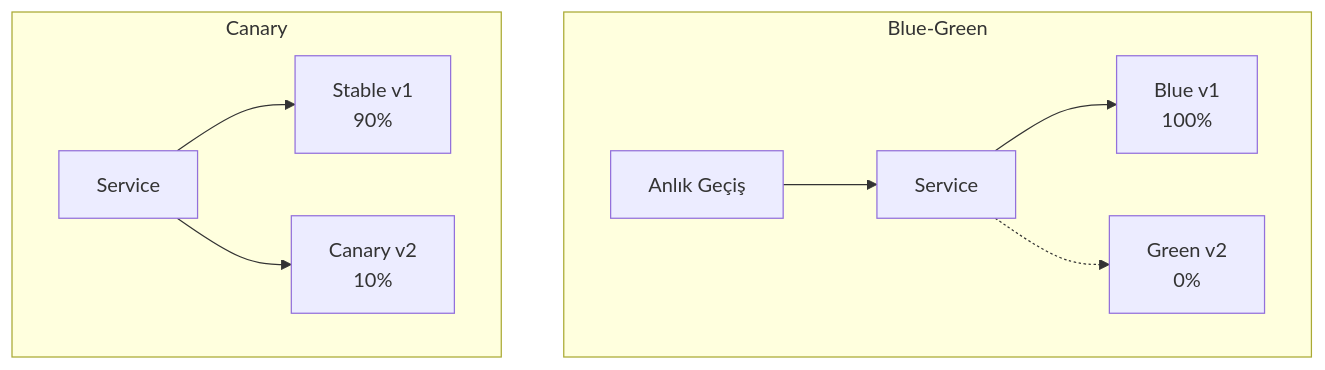
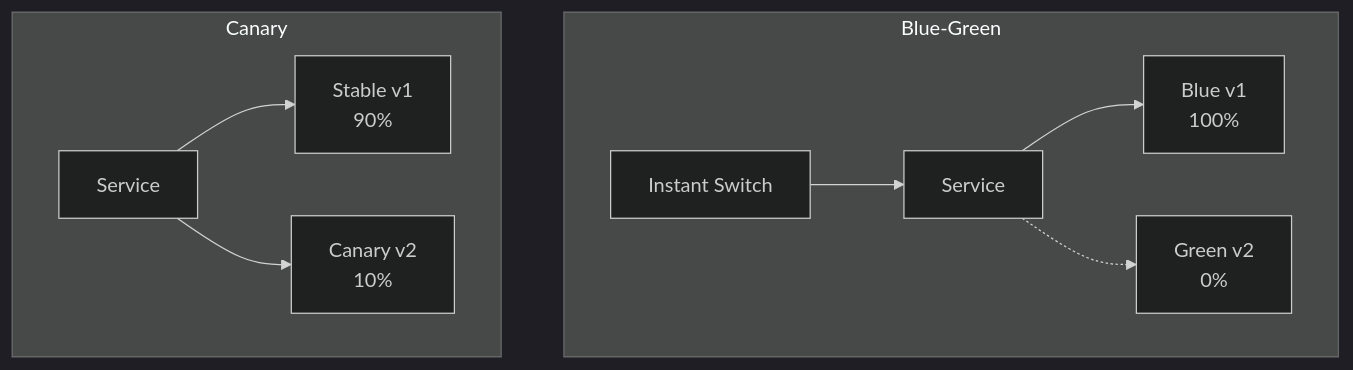
One commit to uzunenes/CKAD changed the diagram in labs/lab-15-deployment-strategies.md. Above: the diagram before and after it, drawn with Mermaid. The commit also changed other lines of this file and 15 other files, not shown here.

Commit message:
🌍 Complete English translation - All 17 labs translated with dark mermaid themes

````diff
--- a/labs/lab-15-deployment-strategies.md
+++ b/labs/lab-15-deployment-strategies.md
@@ -12,13 +12,14 @@
 ```mermaid
+%%{init: {'theme': 'dark'}}%%
 graph TB
     subgraph "Blue-Green"
         LB1[Service] --> BLUE[Blue v1<br/>100%]
         LB1 -.-> GREEN[Green v2<br/>0%]
-        SWITCH[Anlık Geçiş] --> LB1
+        SWITCH[Instant Switch] --> LB1
     end
     
     subgraph "Canary"
         LB2[Service] --> STABLE[Stable v1<br/>90%]
         LB2 --> CANARY[Canary v2<br/>10%]
     end
 ```
````
